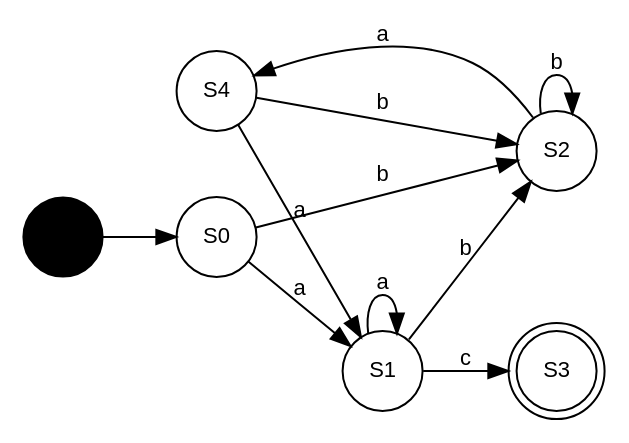
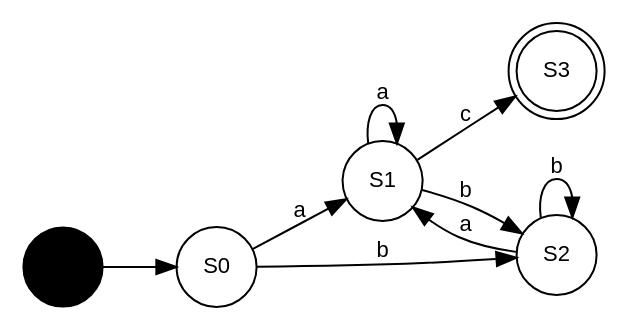
One commit to GoncaloAS/FCUP_1S_3A changed the diagram in Compiladores/figuras/dfa_ab_star_ac.dot. Above: the diagram before and after it, drawn with Graphviz. The commit also changed 39 other files, not shown here.

```diff
--- a/Compiladores/figuras/dfa_ab_star_ac.dot
+++ b/Compiladores/figuras/dfa_ab_star_ac.dot
@@ -1,19 +1,16 @@
 digraph dfa {
   rankdir=LR;
   node [shape=circle, fontname="Helvetica", fontsize=11, width=0.55, fixedsize=true];
   edge [fontname="Helvetica", fontsize=11];
   start [shape=point];
   S3 [shape=doublecircle];
 
   start -> S0;
   S0 -> S1 [label="a"];
   S0 -> S2 [label="b"];
   S1 -> S1 [label="a"];
   S1 -> S2 [label="b"];
   S1 -> S3 [label="c"];
-  S2 -> S4 [label="a"];
+  S2 -> S1 [label="a"];
   S2 -> S2 [label="b"];
-  S4 -> S1 [label="a"];
-  S4 -> S2 [label="b"];
-  { rank=same; S0; S4; }
 }
```
